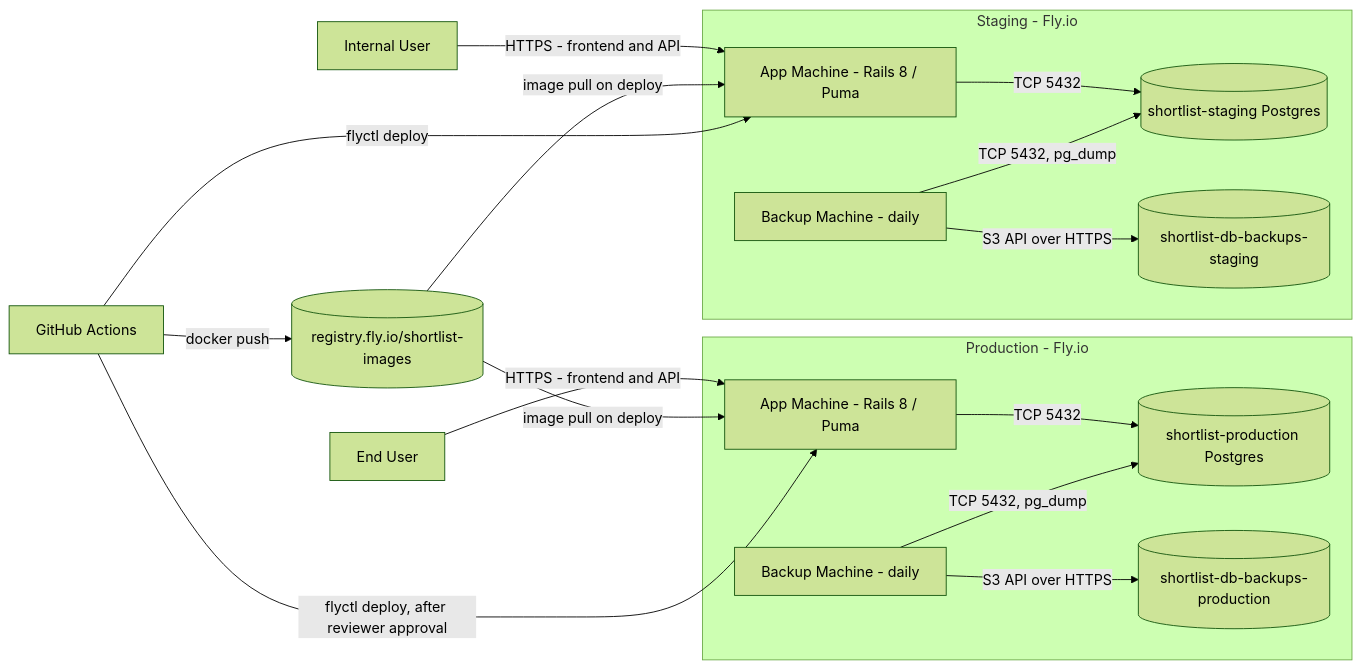
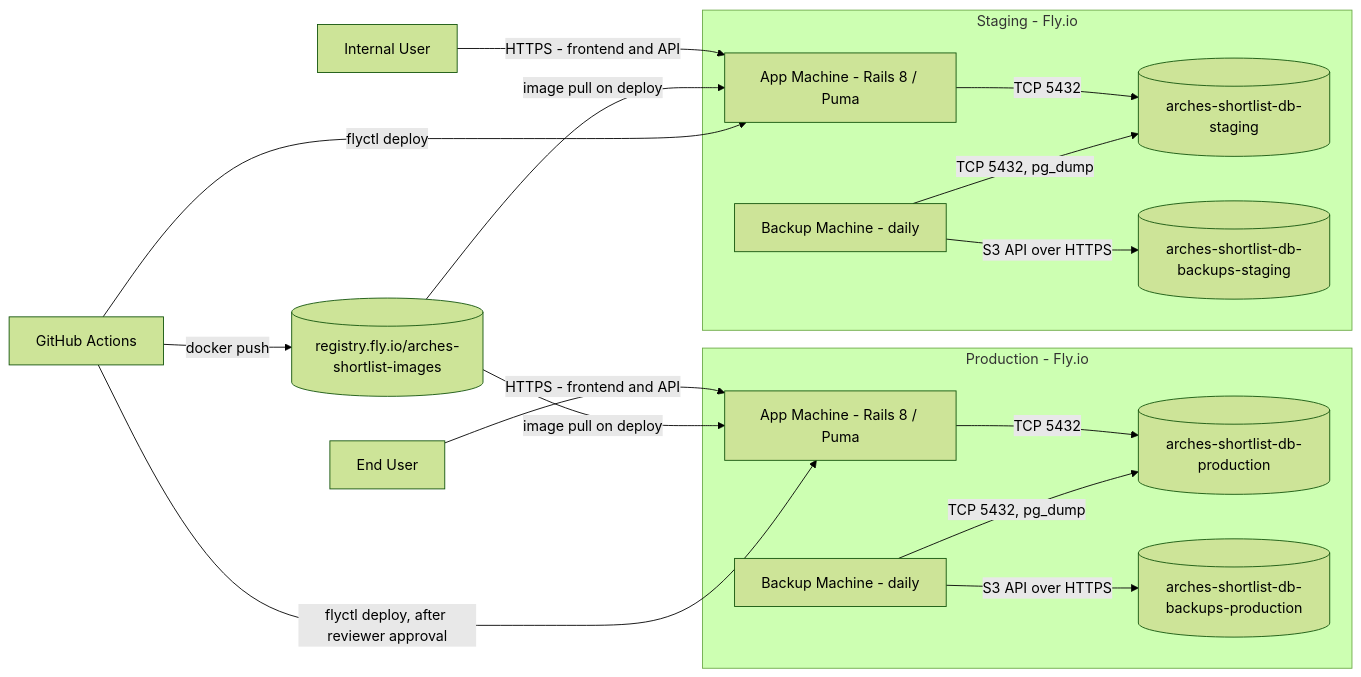
The diagram in docs/shortlist.deployment.md (arches/shortlist), drawn with Mermaid (forest theme) before and after one commit. The commit also changed other lines of this file, not shown here.

First line of the commit message:
Name every Fly resource with the arches- owner prefix

````diff
--- a/docs/shortlist.deployment.md
+++ b/docs/shortlist.deployment.md
@@ -61,36 +63,36 @@
 ```mermaid
 flowchart LR
   end_user[End User]
   internal_user[Internal User]
   actions["GitHub Actions"]
-  registry[("registry.fly.io/shortlist-images")]
+  registry[("registry.fly.io/arches-shortlist-images")]
 
   subgraph Production["Production - Fly.io"]
     prod_app["App Machine - Rails 8 / Puma"]
     prod_backup["Backup Machine - daily"]
-    prod_db[("shortlist-production Postgres")]
-    prod_bucket[("shortlist-db-backups-production")]
+    prod_db[("arches-shortlist-db-production")]
+    prod_bucket[("arches-shortlist-db-backups-production")]
     prod_app -->|"TCP 5432"| prod_db
     prod_backup -->|"TCP 5432, pg_dump"| prod_db
     prod_backup -->|"S3 API over HTTPS"| prod_bucket
   end
 
   subgraph Staging["Staging - Fly.io"]
     staging_app["App Machine - Rails 8 / Puma"]
     staging_backup["Backup Machine - daily"]
-    staging_db[("shortlist-staging Postgres")]
-    staging_bucket[("shortlist-db-backups-staging")]
+    staging_db[("arches-shortlist-db-staging")]
+    staging_bucket[("arches-shortlist-db-backups-staging")]
     staging_app -->|"TCP 5432"| staging_db
     staging_backup -->|"TCP 5432, pg_dump"| staging_db
     staging_backup -->|"S3 API over HTTPS"| staging_bucket
   end
 
   end_user -->|"HTTPS - frontend and API"| prod_app
   internal_user -->|"HTTPS - frontend and API"| staging_app
 
   actions -->|"docker push"| registry
   registry -->|"image pull on deploy"| prod_app
   registry -->|"image pull on deploy"| staging_app
   actions -->|"flyctl deploy"| staging_app
   actions -->|"flyctl deploy, after reviewer approval"| prod_app
 ```
````
